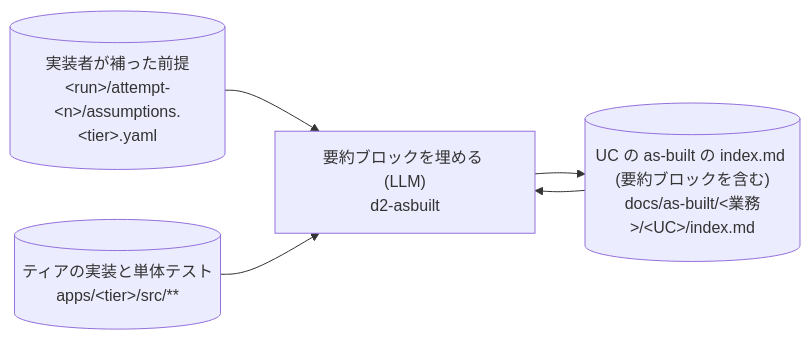
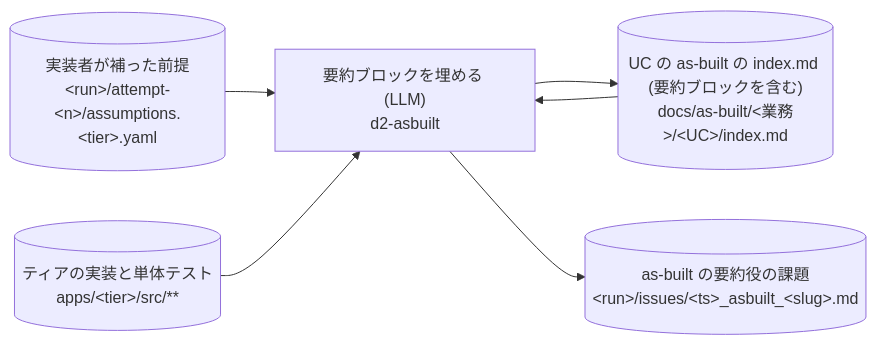
Before and after one commit to suwa-sh/suwa-sh-claude-plugins: diagram 25 of 48 in plugins/distillery2/skills/d2-common/references/dataflow.md, drawn with Mermaid. The commit also changed other lines of this file and 17 other files, not shown here.

````diff
--- a/plugins/distillery2/skills/d2-common/references/dataflow.md
+++ b/plugins/distillery2/skills/d2-common/references/dataflow.md
@@ -680,11 +680,13 @@
 ```mermaid
 flowchart LR
   p_asbuilt_summarize["要約ブロックを埋める (LLM)<br/>d2-asbuilt"]
   s_asbuilt_index[("UC の as-built の index.md (要約ブロックを含む)<br/>docs/as-built/#lt;業務#gt;/#lt;UC#gt;/index.md")]
   s_assumptions[("実装者が補った前提<br/>#lt;run#gt;/attempt-#lt;n#gt;/assumptions.#lt;tier#gt;.yaml")]
   s_tier_src[("ティアの実装と単体テスト<br/>apps/#lt;tier#gt;/src/**")]
+  s_issues_asbuilt[("as-built の要約役の課題<br/>#lt;run#gt;/issues/#lt;ts#gt;_asbuilt_#lt;slug#gt;.md")]
   s_asbuilt_index --> p_asbuilt_summarize
   s_assumptions --> p_asbuilt_summarize
   s_tier_src --> p_asbuilt_summarize
   p_asbuilt_summarize --> s_asbuilt_index
+  p_asbuilt_summarize --> s_issues_asbuilt
 ```
````
